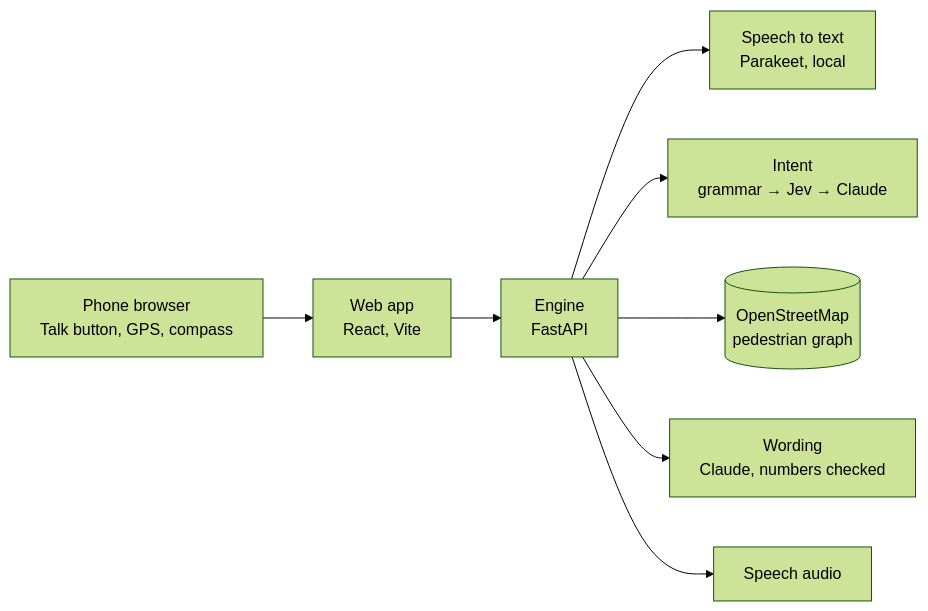
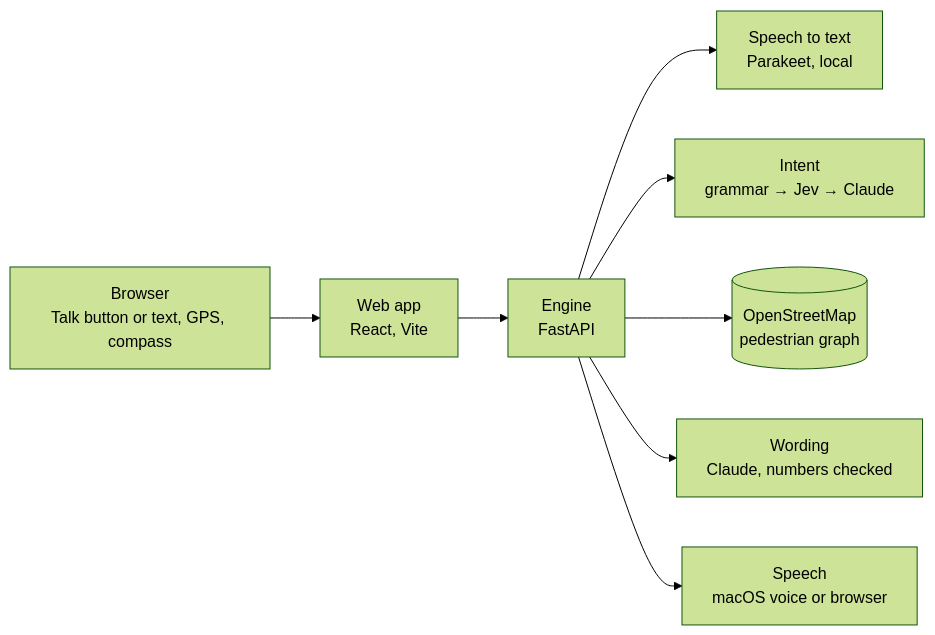
Before and after one commit to DaMa02/milo: the diagram in README.md, drawn with Mermaid (forest theme). The commit also changed other lines of this file and 1 other file, not shown here.

````diff
--- a/README.md
+++ b/README.md
@@ -31,9 +37,9 @@
 ```mermaid
 flowchart LR
-  phone["Phone browser<br/>Talk button, GPS, compass"] --> web["Web app<br/>React, Vite"] --> engine["Engine<br/>FastAPI"]
+  user["Browser<br/>Talk button or text, GPS, compass"] --> web["Web app<br/>React, Vite"] --> engine["Engine<br/>FastAPI"]
   engine --> stt["Speech to text<br/>Parakeet, local"]
   engine --> intent["Intent<br/>grammar → Jev → Claude"]
   engine --> map[("OpenStreetMap<br/>pedestrian graph")]
   engine --> speak["Wording<br/>Claude, numbers checked"]
-  engine --> tts["Speech audio"]
+  engine --> tts["Speech<br/>macOS voice or browser"]
 ```
````
